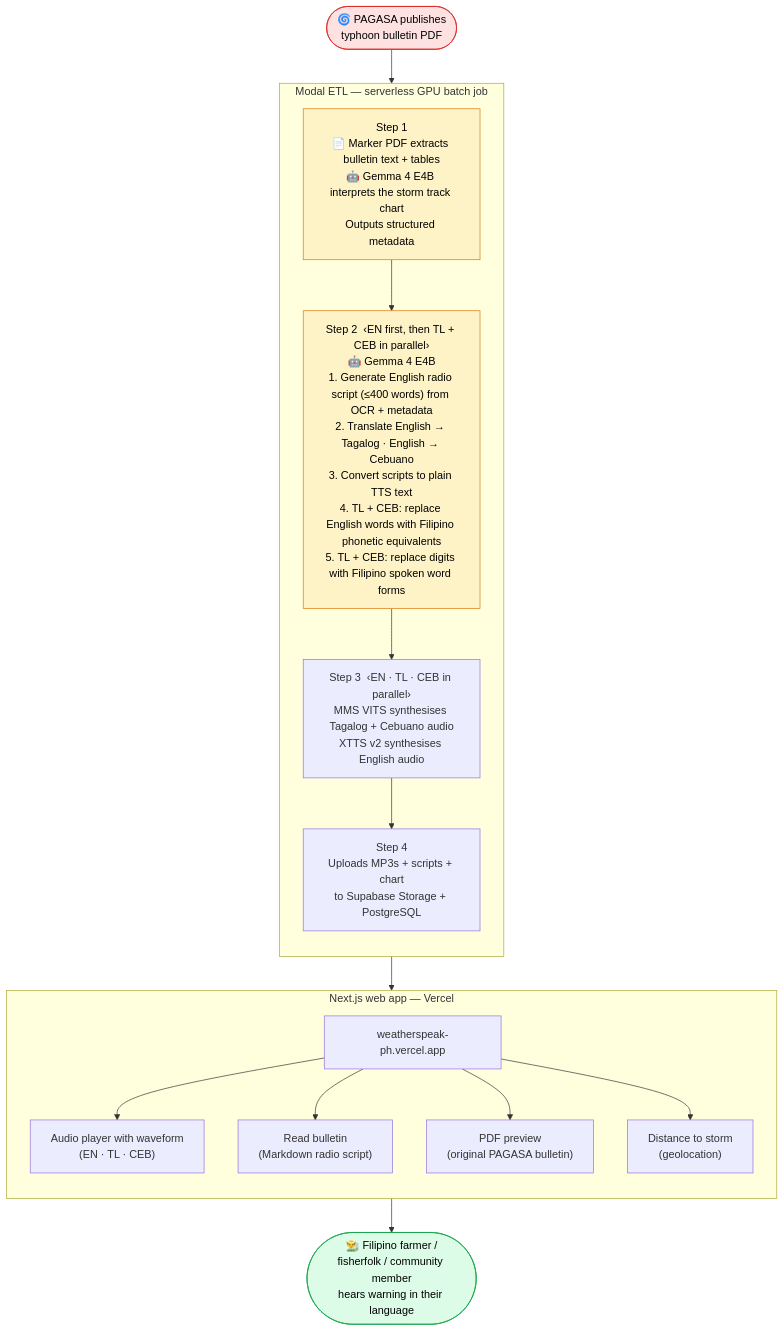
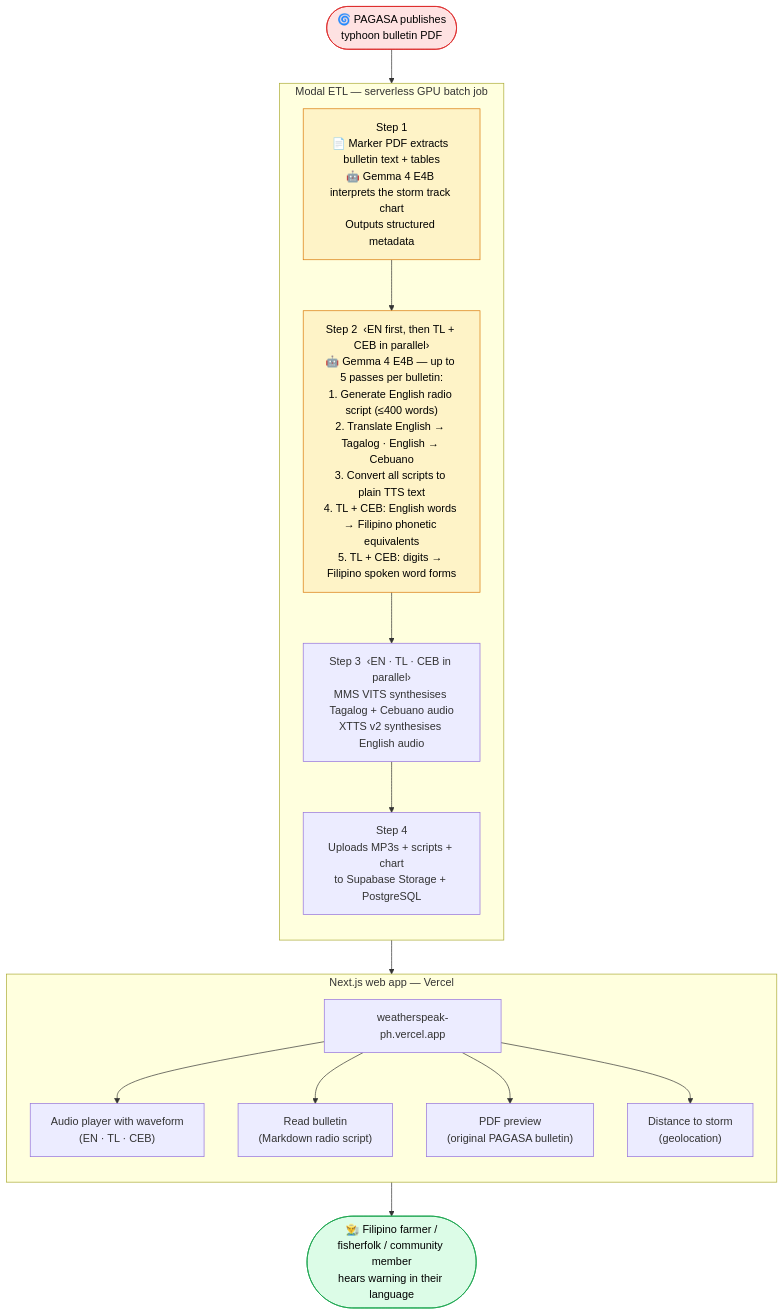
Before and after one commit to jaeyow/weatherspeak-ph: the second of 2 diagrams in README.md, drawn with Mermaid. The commit also changed other lines of this file, not shown here.

First line of the commit message:
docs: split TL/CEB cleanup into two separate boxes in Step 2 diagram

````diff
--- a/README.md
+++ b/README.md
@@ -71,35 +72,35 @@
 ```mermaid
 flowchart TD
     PAGASA(["🌀 PAGASA publishes\ntyphoon bulletin PDF"])
 
     subgraph ETL["Modal ETL  —  serverless GPU batch job"]
         direction TB
         OCR["Step 1\n📄 Marker PDF extracts bulletin text + tables\n🤖 Gemma 4 E4B interprets the storm track chart\nOutputs structured metadata"]
-        SCRIPTS["Step 2  ‹EN first, then TL + CEB in parallel›\n🤖 Gemma 4 E4B\n1. Generate English radio script (≤400 words) from OCR + metadata\n2. Translate English → Tagalog · English → Cebuano\n3. Convert scripts to plain TTS text\n4. TL + CEB: replace English words with Filipino phonetic equivalents\n5. TL + CEB: replace digits with Filipino spoken word forms"]
+        SCRIPTS["Step 2  ‹EN first, then TL + CEB in parallel›\n🤖 Gemma 4 E4B — up to 5 passes per bulletin:\n1. Generate English radio script (≤400 words)\n2. Translate English → Tagalog · English → Cebuano\n3. Convert all scripts to plain TTS text\n4. TL + CEB: English words → Filipino phonetic equivalents\n5. TL + CEB: digits → Filipino spoken word forms"]
         TTS["Step 3  ‹EN · TL · CEB in parallel›\nMMS VITS synthesises Tagalog + Cebuano audio\nXTTS v2 synthesises English audio"]
         UPLOAD["Step 4\nUploads MP3s + scripts + chart\nto Supabase Storage + PostgreSQL"]
         OCR --> SCRIPTS --> TTS --> UPLOAD
     end
 
     subgraph WEB["Next.js web app  —  Vercel"]
         direction TB
         SITE["weatherspeak-ph.vercel.app"]
         PLAYER["Audio player with waveform\n(EN · TL · CEB)"]
         SCRIPT["Read bulletin\n(Markdown radio script)"]
         PDF_PREV["PDF preview\n(original PAGASA bulletin)"]
         GEO["Distance to storm\n(geolocation)"]
         SITE --> PLAYER
         SITE --> SCRIPT
         SITE --> PDF_PREV
         SITE --> GEO
     end
 
     USER(["👨‍🌾 Filipino farmer /\nfisherfolk / community member\nhears warning in their language"])
 
     PAGASA --> ETL --> WEB --> USER
 
     style OCR fill:#fef3c7,stroke:#d97706,color:#000
     style SCRIPTS fill:#fef3c7,stroke:#d97706,color:#000
     style PAGASA fill:#fee2e2,stroke:#dc2626,color:#000
     style USER fill:#dcfce7,stroke:#16a34a,color:#000
 ```
````
